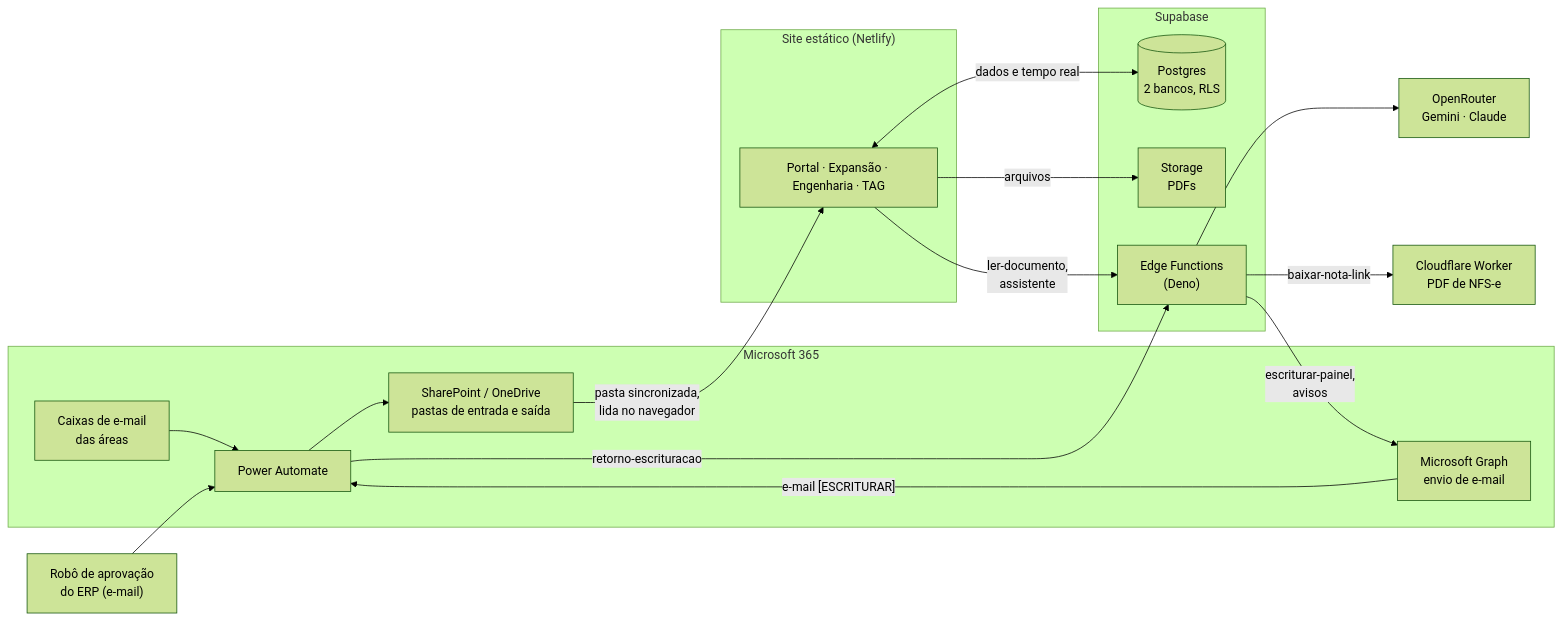
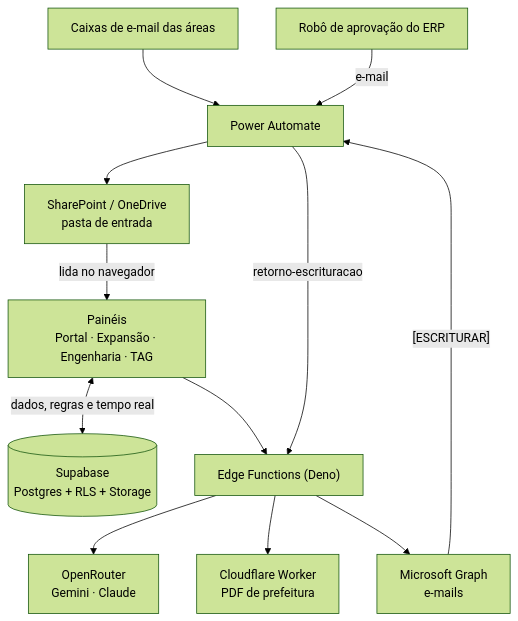
The first of 2 diagrams in README.md (Taveshu19/plataforma-notas-fiscais), drawn with Mermaid (forest theme) before and after one commit. The commit also changed other lines of this file and 9 other files, not shown here.

First line of the commit message:
Diagramas legíveis no GitHub e sem erro de sintaxe

````diff
--- a/README.md
+++ b/README.md
@@ -77,31 +77,14 @@
 ```mermaid
-flowchart LR
-  subgraph M365["Microsoft 365"]
-    CX["Caixas de e-mail<br/>das áreas"]
-    PA["Power Automate"]
-    SP["SharePoint / OneDrive<br/>pastas de entrada e saída"]
-    GR["Microsoft Graph<br/>envio de e-mail"]
-  end
-  subgraph SITE["Site estático (Netlify)"]
-    P["Portal · Expansão · Engenharia · TAG"]
-  end
-  subgraph SB["Supabase"]
-    DB[("Postgres<br/>2 bancos, RLS")]
-    EF["Edge Functions<br/>(Deno)"]
-    ST["Storage<br/>PDFs"]
-  end
-  IA["OpenRouter<br/>Gemini · Claude"]
-  CF["Cloudflare Worker<br/>PDF de NFS-e"]
-  RPA["Robô de aprovação<br/>do ERP (e-mail)"]
-
-  CX --> PA --> SP
-  SP -- "pasta sincronizada,<br/>lida no navegador" --> P
-  P <-- "dados e tempo real" --> DB
-  P -- "arquivos" --> ST
-  P -- "ler-documento,<br/>assistente" --> EF
-  EF --> IA
-  EF -- "baixar-nota-link" --> CF
-  EF -- "escriturar-painel,<br/>avisos" --> GR
-  GR -- "e-mail [ESCRITURAR]" --> PA
-  RPA --> PA -- "retorno-escrituracao" --> EF
+flowchart TB
+  CX["Caixas de e-mail das áreas"] --> PA["Power Automate"]
+  RPA["Robô de aprovação do ERP"] -->|"e-mail"| PA
+  PA --> SP["SharePoint / OneDrive<br/>pasta de entrada"]
+  SP -->|"lida no navegador"| P["Painéis<br/>Portal · Expansão · Engenharia · TAG"]
+  P <-->|"dados, regras e tempo real"| DB[("Supabase<br/>Postgres + RLS + Storage")]
+  P --> EF["Edge Functions (Deno)"]
+  PA -->|"retorno-escrituracao"| EF
+  EF --> IA["OpenRouter<br/>Gemini · Claude"]
+  EF --> CF["Cloudflare Worker<br/>PDF de prefeitura"]
+  EF --> GR["Microsoft Graph<br/>e-mails"]
+  GR -->|"[ESCRITURAR]"| PA
 ```
````
